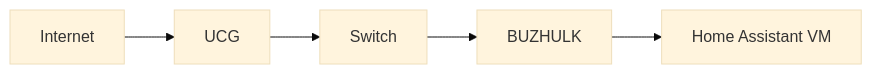
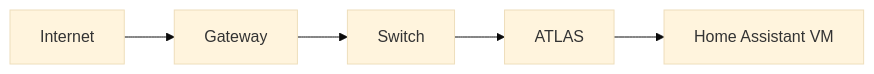
One commit to pbuzdygan/leandocs changed the diagram in examples/demo-content/Infrastructure/Servers/ATLAS.md. Above: the diagram before and after it, drawn with Mermaid (base theme). The commit also changed other lines of this file and 29 other files, not shown here.

````diff
--- a/examples/demo-content/Infrastructure/Servers/ATLAS.md
+++ b/examples/demo-content/Infrastructure/Servers/ATLAS.md
@@ -27,7 +27,7 @@
 ```mermaid
 flowchart LR
-    Internet --> UCG
-    UCG --> Switch
-    Switch --> BUZHULK
-    BUZHULK --> HAOS[Home Assistant VM]
+    Internet --> Gateway
+    Gateway --> Switch
+    Switch --> ATLAS
+    ATLAS --> HAOS[Home Assistant VM]
 ```
````
